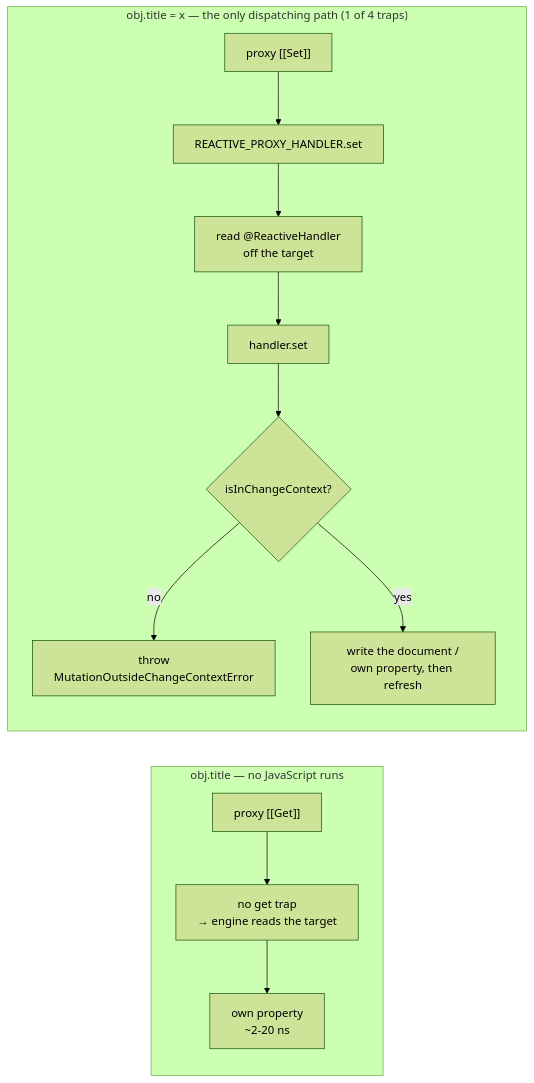
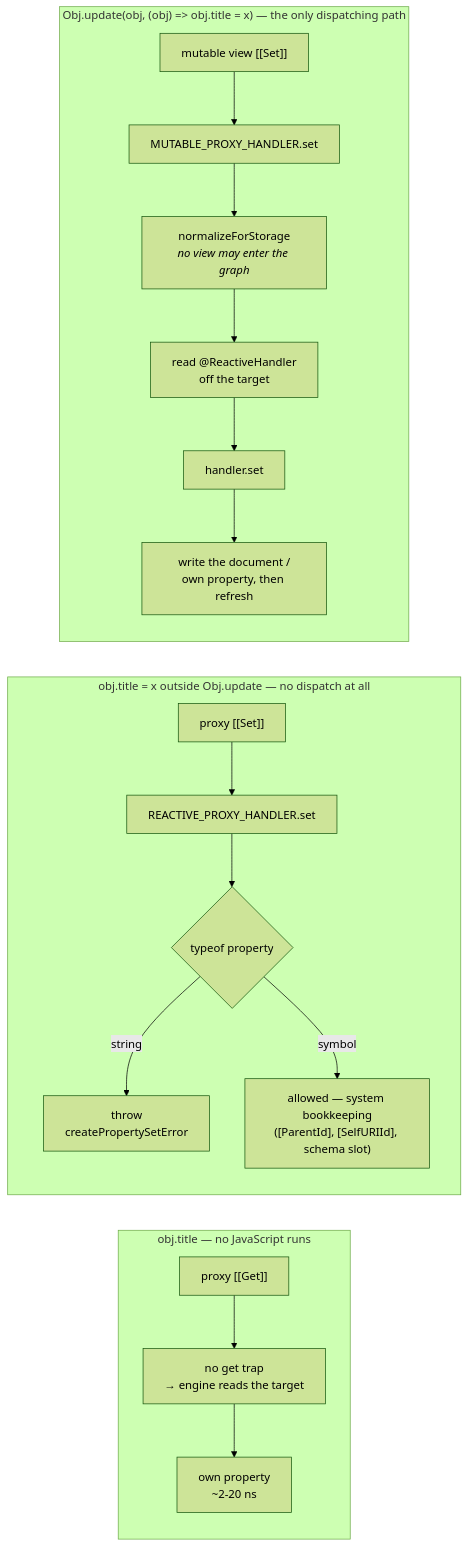
The fifth of 5 diagrams in .agents/projects/echo-plain-objects/OBJECT-LAYOUT.md (dxos/dxos), drawn with Mermaid (forest theme) before and after one commit. The commit also changed other lines of this file and 15 other files, not shown here.

Commit message:
echo: fix Database symbol collision and @deleted round-trip, halve refresh per write, sweep dead internals (#12991)

````diff
--- a/.agents/projects/echo-plain-objects/OBJECT-LAYOUT.md
+++ b/.agents/projects/echo-plain-objects/OBJECT-LAYOUT.md
@@ -168,11 +189,14 @@
 ```mermaid
 graph LR
   subgraph read["obj.title — no JavaScript runs"]
     R1["proxy [[Get]]"] --> R2["no get trap<br/>→ engine reads the target"] --> R3["own property<br/>~2-20 ns"]
   end
-  subgraph write["obj.title = x — the only dispatching path (1 of 4 traps)"]
-    W1["proxy [[Set]]"] --> W2["REACTIVE_PROXY_HANDLER.set"] --> W3["read @ReactiveHandler<br/>off the target"] --> W4["handler.set"] --> W5{"isInChangeContext?"}
-    W5 -->|"no"| W6["throw<br/>MutationOutsideChangeContextError"]
-    W5 -->|"yes"| W7["write the document /<br/>own property, then refresh"]
+  subgraph reject["obj.title = x outside Obj.update — no dispatch at all"]
+    X1["proxy [[Set]]"] --> X2["REACTIVE_PROXY_HANDLER.set"] --> X3{"typeof property"}
+    X3 -->|"string"| X4["throw<br/>createPropertySetError"]
+    X3 -->|"symbol"| X5["allowed — system bookkeeping<br/>([ParentId], [SelfURIId], schema slot)"]
+  end
+  subgraph write["Obj.update(obj, (obj) => obj.title = x) — the only dispatching path"]
+    W1["mutable view [[Set]]"] --> W2["MUTABLE_PROXY_HANDLER.set"] --> W3["normalizeForStorage<br/><i>no view may enter the graph</i>"] --> W4["read @ReactiveHandler<br/>off the target"] --> W5["handler.set"] --> W6["write the document /<br/>own property, then refresh"]
   end
 ```
````
